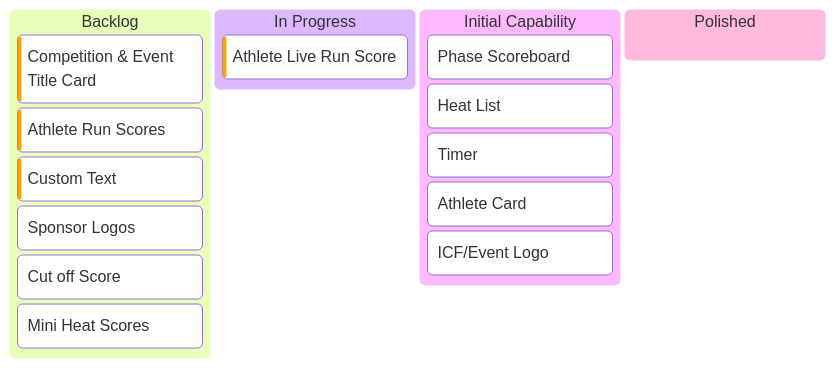
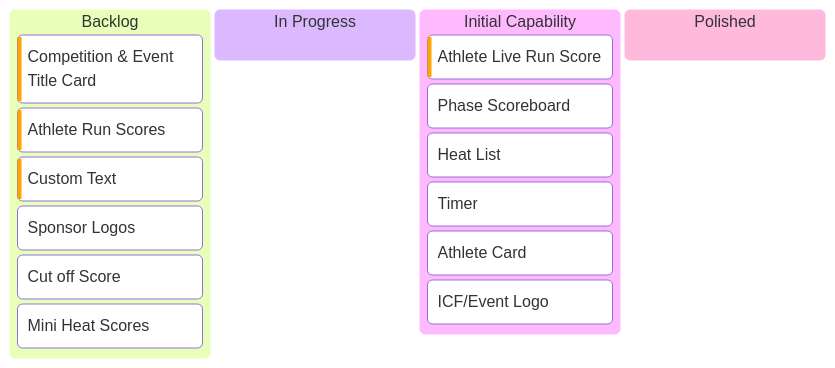
One commit to AntonyM71/AEMS changed the diagram in Webapp/src/components/broadcast/Components.md. Above: the diagram before and after it, drawn with Mermaid. The commit also changed 4 other files, not shown here.

Commit message:
Add live score

````diff
--- a/Webapp/src/components/broadcast/Components.md
+++ b/Webapp/src/components/broadcast/Components.md
@@ -7,23 +7,24 @@
 ```mermaid
 kanban
     Backlog
         Competition & Event Title Card @{priority: "High"}
         Athlete Run Scores @{priority: "High"}
         Custom Text @{priority: "High"}
         Sponsor Logos
         Cut off Score
 
         Mini Heat Scores
 
     In Progress
-        Athlete Live Run Score @{priority: "High"}
+
 
     Initial Capability
+        Athlete Live Run Score @{priority: "High"}
         Phase Scoreboard
         Heat List
         Timer
         Athlete Card
         ICF/Event Logo
     Polished
 
 ```
````
